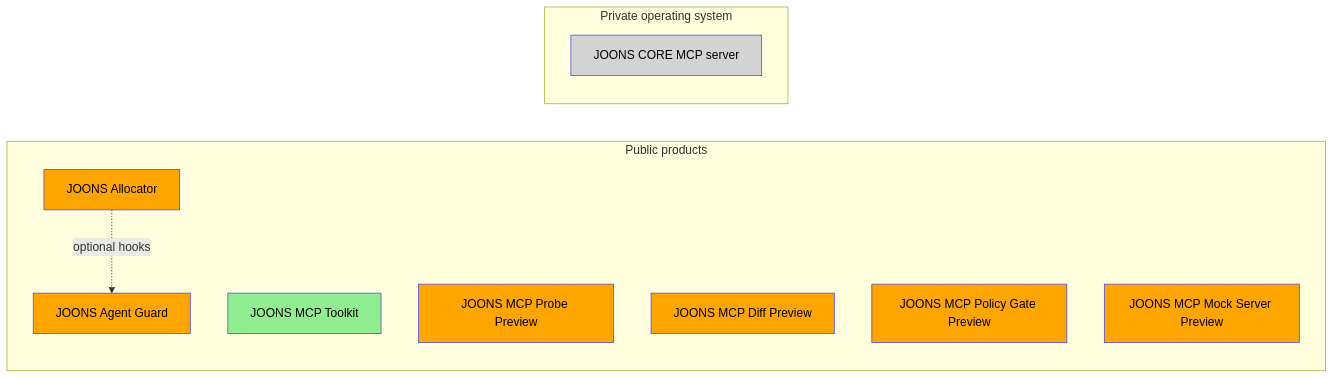
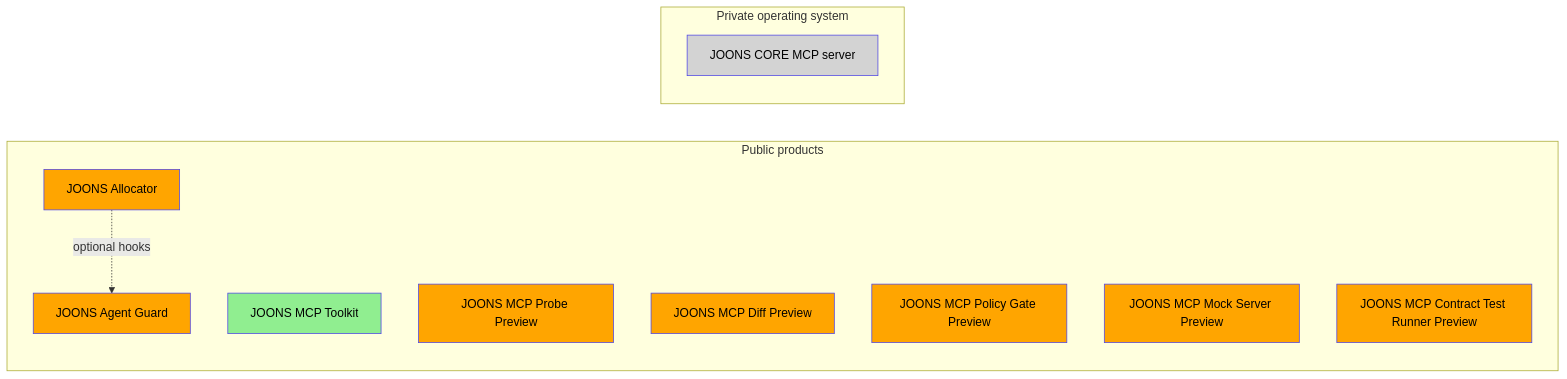
Before and after one commit to dbdefault/joons-ecosystem: the second of 3 diagrams in docs/ARCHITECTURE.md, drawn with Mermaid. The commit also changed other lines of this file and 6 other files, not shown here.

Commit message:
Docs: add JOONS MCP Contract Test Runner v0.1.0 Preview

````diff
--- a/docs/ARCHITECTURE.md
+++ b/docs/ARCHITECTURE.md
@@ -45,24 +47,25 @@
 ```mermaid
 flowchart LR
     subgraph Public["Public products"]
         Guard["JOONS Agent Guard"]
         Allocator["JOONS Allocator"]
         Toolkit["JOONS MCP Toolkit"]
         Probe["JOONS MCP Probe Preview"]
         Diff["JOONS MCP Diff Preview"]
         PolicyGate["JOONS MCP Policy Gate Preview"]
         MockServer["JOONS MCP Mock Server Preview"]
+        ContractRunner["JOONS MCP Contract Test Runner Preview"]
         Allocator -. "optional hooks" .-> Guard
     end
     subgraph Private["Private operating system"]
         CORE["JOONS CORE MCP server"]
     end
     classDef public fill:#90ee90,stroke:#4F46E5,color:#000
     classDef preview fill:#ffa500,stroke:#4F46E5,color:#000
     classDef planned fill:#add8e6,stroke:#4F46E5,color:#000
     classDef private fill:#d3d3d3,stroke:#4F46E5,color:#000
     class Toolkit public
     class Guard,Allocator preview
-    class Probe,Diff,PolicyGate,MockServer preview
+    class Probe,Diff,PolicyGate,MockServer,ContractRunner preview
     class CORE private
 ```
````
